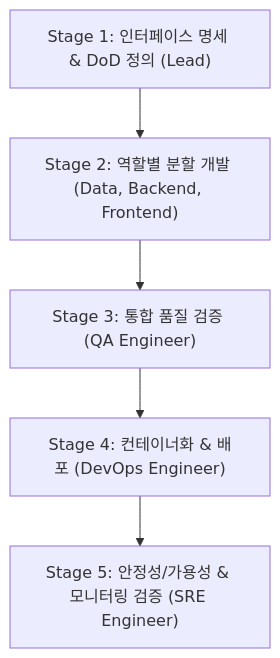
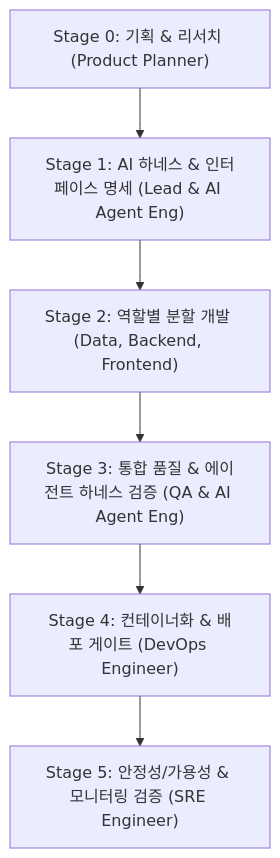
The diagram in skills/engineering-squad/SKILL.md (DongJinNam/dev-team-skills), drawn with Mermaid before and after one commit. The commit also changed other lines of this file and 12 other files, not shown here.

Commit message:
feat: Add Product Planner & AI Agent Engineer roles, harness engineering, and marketplace packaging

````diff
--- a/skills/engineering-squad/SKILL.md
+++ b/skills/engineering-squad/SKILL.md
@@ -31,7 +33,8 @@
 ```mermaid
 flowchart TD
-    A["Stage 1: 인터페이스 명세 & DoD 정의 (Lead)"] --> B["Stage 2: 역할별 분할 개발 (Data, Backend, Frontend)"]
-    B --> C["Stage 3: 통합 품질 검증 (QA Engineer)"]
-    C --> D["Stage 4: 컨테이너화 & 배포 (DevOps Engineer)"]
-    D --> E["Stage 5: 안정성/가용성 & 모니터링 검증 (SRE Engineer)"]
+    S0["Stage 0: 기획 & 리서치 (Product Planner)"] --> S1["Stage 1: AI 하네스 & 인터페이스 명세 (Lead & AI Agent Eng)"]
+    S1 --> S2["Stage 2: 역할별 분할 개발 (Data, Backend, Frontend)"]
+    S2 --> S3["Stage 3: 통합 품질 & 에이전트 하네스 검증 (QA & AI Agent Eng)"]
+    S3 --> S4["Stage 4: 컨테이너화 & 배포 게이트 (DevOps Engineer)"]
+    S4 --> S5["Stage 5: 안정성/가용성 & 모니터링 검증 (SRE Engineer)"]
 ```
````
